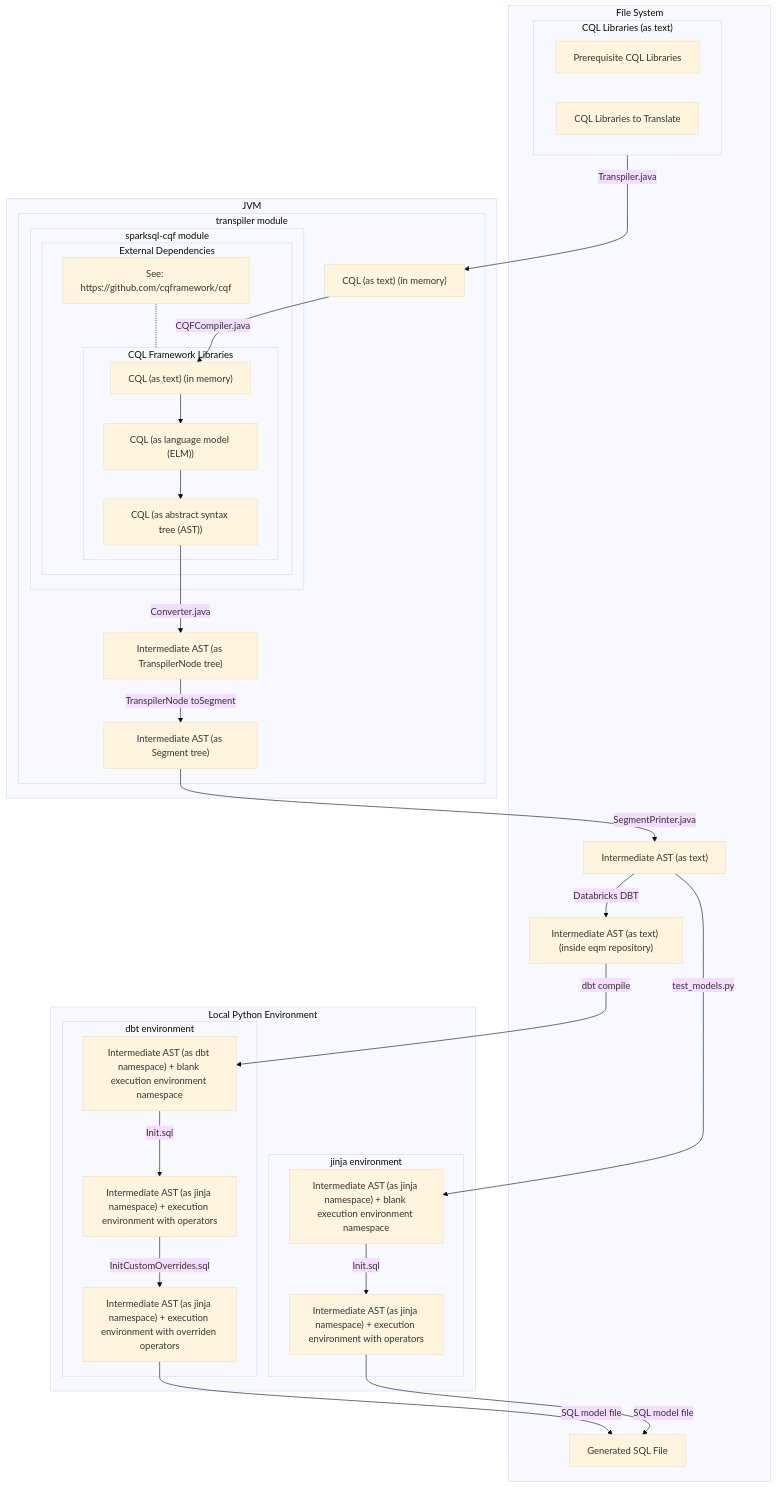
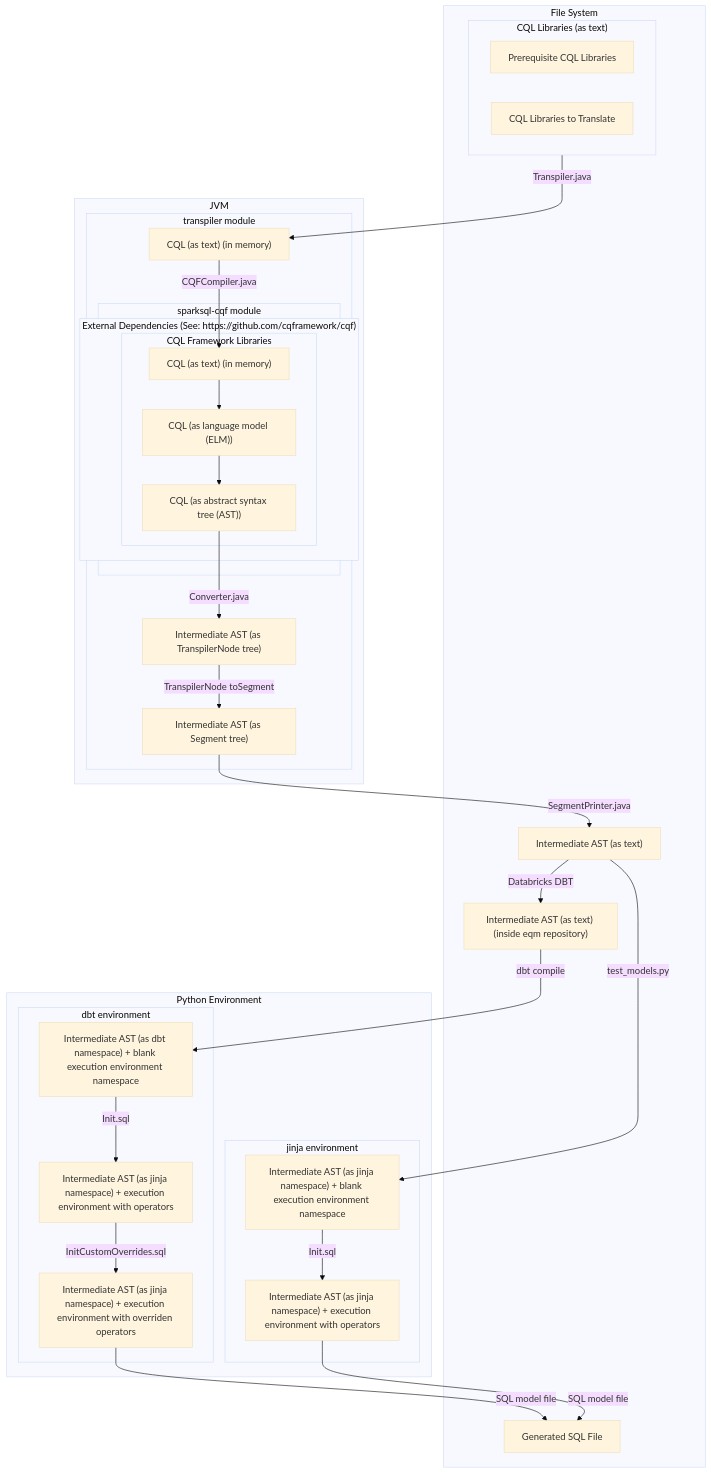
Before and after one commit to department-of-veterans-affairs/cql-transpiler: the second of 3 diagrams in DIAGRAMS.md, drawn with Mermaid (base theme). The commit also changed other lines of this file, not shown here.

Commit message:
adds sequence diagram

````diff
--- a/DIAGRAMS.md
+++ b/DIAGRAMS.md
@@ -16,55 +16,54 @@
 ```mermaid
-flowchart TB
+
+flowchart TD
     subgraph fs [File System]
         subgraph cql["CQL Libraries (as text)"]
-            PrereqCQL["Prerequisite CQL Libraries"]
+            PrereqCQL["`Prerequisite CQL Libraries`"]
             CQLToTranslate["CQL Libraries to Translate"]
         end
         JinjaText["Intermediate AST (as text)"]
         cqlInEQM["Intermediate AST (as text) (inside eqm repository)"]
         JinjaText-->|"Databricks DBT"|cqlInEQM
         SQL["Generated SQL File"]
     end
     subgraph jvm [JVM]
         subgraph transpiler ["transpiler module"]
             subgraph sparksqlcqf ["sparksql-cqf module"]
-                subgraph externalDependencies["External Dependencies"]
+                subgraph externalDependencies["External Dependencies (See: https://github.com/cqframework/cqf)"]
                     subgraph cqlFramework["CQL Framework Libraries"]
                         libraryWorkA["CQL (as text) (in memory)"]
                         libraryWorkB["CQL (as language model (ELM))"]
                         libraryWorkC["CQL (as abstract syntax tree (AST))"]
                         libraryWorkA --> libraryWorkB --> libraryWorkC
                     end
-                    reference["See: https://github.com/cqframework/cqf"]
-                    reference .- cqlFramework
                 end
             end
             CQLAsTextTranspiler["CQL (as text) (in memory)"]
             CQLAsTextTranspiler -->|"CQFCompiler.java"| libraryWorkA
             IntermediateASTNodes["Intermediate AST (as TranspilerNode tree)"]
             libraryWorkC -->|"Converter.java"| IntermediateASTNodes
             IntermediateASTSegments["Intermediate AST (as Segment tree)"]
             IntermediateASTNodes -->|"TranspilerNode toSegment"| IntermediateASTSegments
             IntermediateASTSegments -->|"SegmentPrinter.java"| JinjaText
         end
     end
     cql -->|"Transpiler.java"| CQLAsTextTranspiler
-    subgraph python["Local Python Environment"]
+    subgraph python["Python Environment"]
         subgraph jinja["jinja environment"]
             IntermediateASTAsNamespaceWithBlank["Intermediate AST (as jinja namespace) + blank execution environment namespace"]
             IntermediateASTAsNamespaceWithOperators["Intermediate AST (as jinja namespace) + execution environment with operators"]
             IntermediateASTAsNamespaceWithBlank -->|"Init.sql"|IntermediateASTAsNamespaceWithOperators
             IntermediateASTAsNamespaceWithOperators -->|"SQL model file"| SQL
         end
         subgraph dbt["dbt environment"]
             IntermediateASTAsDBTNamespaceWithBlank["Intermediate AST (as dbt namespace) + blank execution environment namespace"]
             IntermediateASTAsDBTNamespaceWithOperators["Intermediate AST (as jinja namespace) + execution environment with operators"]
             IntermediateASTAsDBTNamespaceWithOverridenOperators["Intermediate AST (as jinja namespace) + execution environment with overriden operators"]
             IntermediateASTAsDBTNamespaceWithBlank -->|"Init.sql"|IntermediateASTAsDBTNamespaceWithOperators
             IntermediateASTAsDBTNamespaceWithOperators -->|"InitCustomOverrides.sql"|IntermediateASTAsDBTNamespaceWithOverridenOperators
             IntermediateASTAsDBTNamespaceWithOverridenOperators -->|"SQL model file"| SQL
         end
         JinjaText -->|"test_models.py"| IntermediateASTAsNamespaceWithBlank
         cqlInEQM -->|"dbt compile"| IntermediateASTAsDBTNamespaceWithBlank
     end
 ```
````
